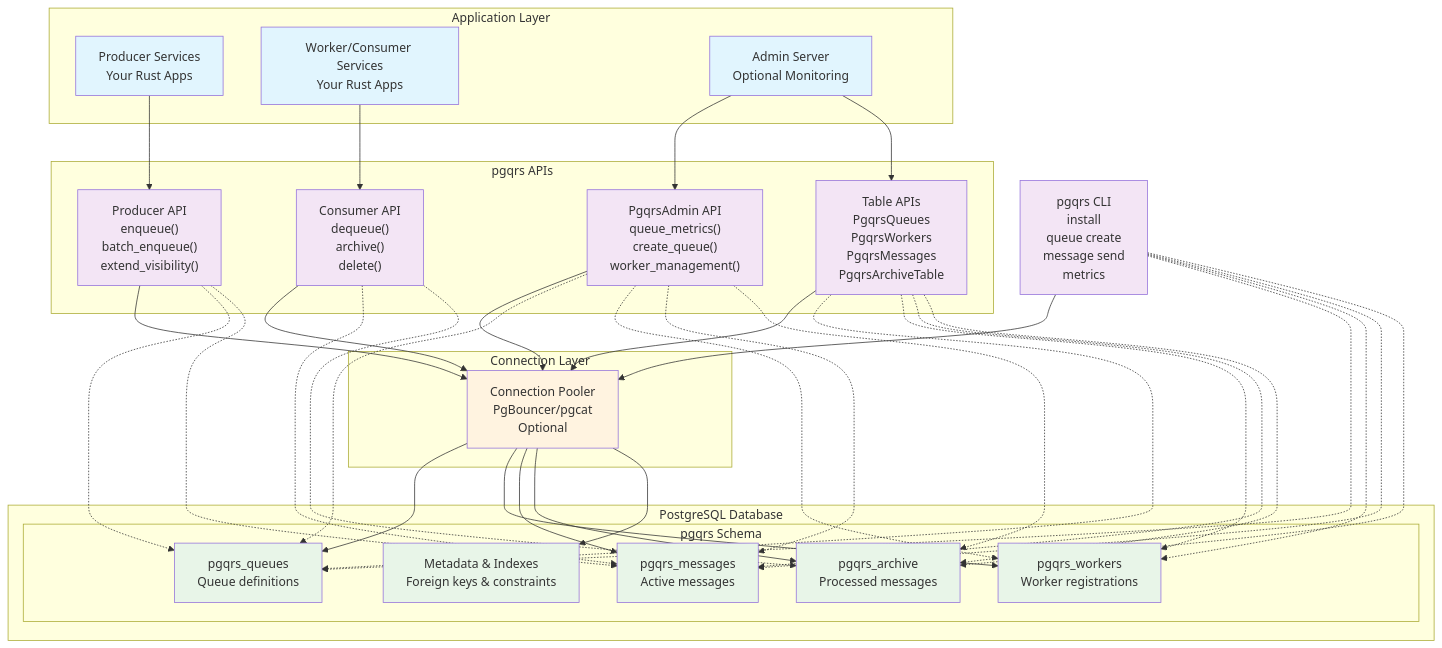
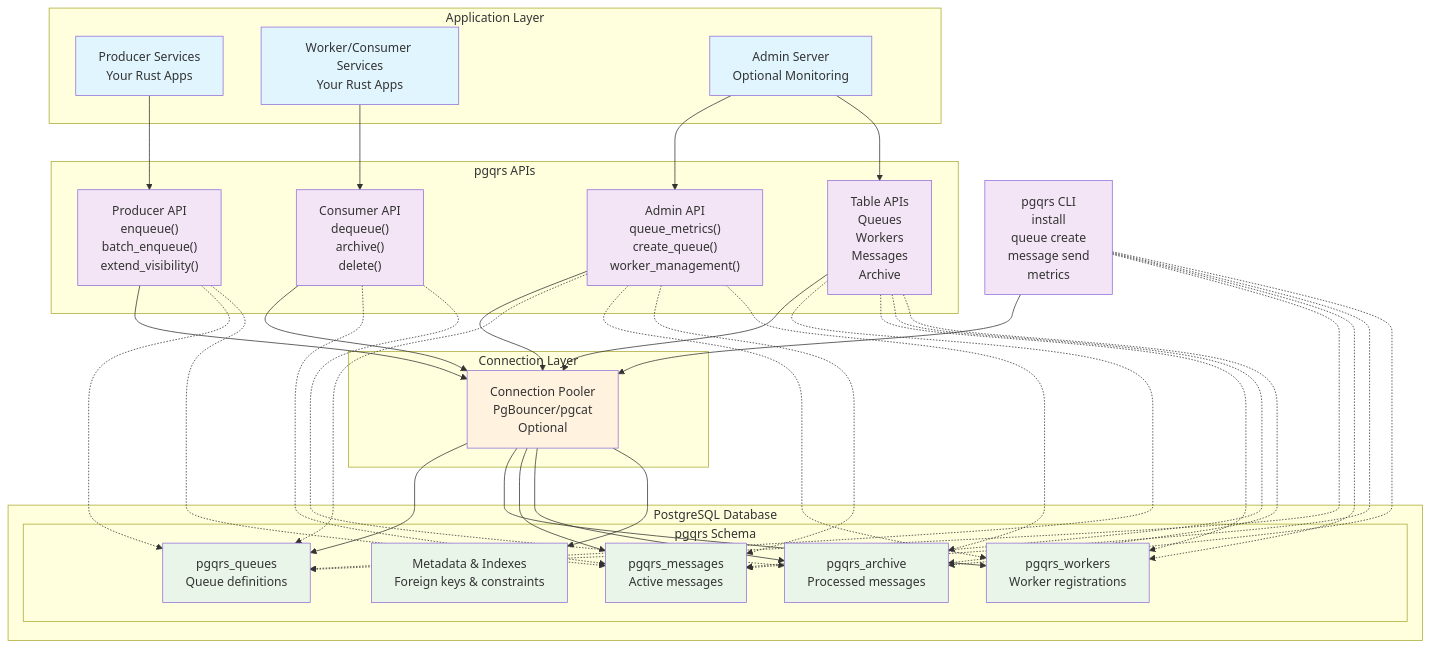
One commit to vrajat/pgqrs changed the diagram in docs/concepts.md. Above: the diagram before and after it, drawn with Mermaid. The commit also changed other lines of this file and 32 other files, not shown here.

````diff
--- a/docs/concepts.md
+++ b/docs/concepts.md
@@ -9,78 +9,78 @@
 ```mermaid
 graph TB
 		subgraph "Application Layer"
 				P["Producer Services<br/>Your Rust Apps"]
 				W["Worker/Consumer Services<br/>Your Rust Apps"]
 				A["Admin Server<br/>Optional Monitoring"]
 		end
 
 		subgraph "pgqrs APIs"
 				PROD["Producer API<br/>enqueue()<br/>batch_enqueue()<br/>extend_visibility()"]
 				CONS["Consumer API<br/>dequeue()<br/>archive()<br/>delete()"]
-				TABLES["Table APIs<br/>PgqrsQueues<br/>PgqrsWorkers<br/>PgqrsMessages<br/>PgqrsArchiveTable"]
-				AA["PgqrsAdmin API<br/>queue_metrics()<br/>create_queue()<br/>worker_management()"]
+				TABLES["Table APIs<br/>Queues<br/>Workers<br/>Messages<br/>Archive"]
+				AA["Admin API<br/>queue_metrics()<br/>create_queue()<br/>worker_management()"]
 		end
 
 		CLI["pgqrs CLI<br/>install<br/>queue create<br/>message send<br/>metrics"]
 
 		subgraph "Connection Layer"
 				CP["Connection Pooler<br/>PgBouncer/pgcat<br/>Optional"]
 		end
 
 		subgraph "PostgreSQL Database"
 				subgraph "pgqrs Schema"
 						QT["pgqrs_queues<br/>Queue definitions"]
 						WT["pgqrs_workers<br/>Worker registrations"]
 						MT["pgqrs_messages<br/>Active messages"]
 						AT["pgqrs_archive<br/>Processed messages"]
 						META["Metadata & Indexes<br/>Foreign keys & constraints"]
 				end
 		end
 
 		%% Connections
 		P --> PROD
 		W --> CONS
 		A --> AA
 		A --> TABLES
 
 		PROD --> CP
 		CONS --> CP
 		TABLES --> CP
 		AA --> CP
 		CLI --> CP
 
 		CP --> QT
 		CP --> WT
 		CP --> MT
 		CP --> AT
 		CP --> META
 
 		%% Alternative direct connection (without pooler)
 		PROD -.-> QT
 		PROD -.-> MT
 		CONS -.-> MT
 		CONS -.-> AT
 		TABLES -.-> QT
 		TABLES -.-> WT
 		TABLES -.-> MT
 		TABLES -.-> AT
 		AA -.-> QT
 		AA -.-> WT
 		AA -.-> MT
 		AA -.-> AT
 		CLI -.-> QT
 		CLI -.-> WT
 		CLI -.-> MT
 		CLI -.-> AT
 
 		%% Styling
 		classDef userApp fill:#e1f5fe
 		classDef pgqrsLib fill:#f3e5f5
 		classDef database fill:#e8f5e8
 		classDef optional fill:#fff3e0
 
 		class P,W,A userApp
 		class PROD,CONS,TABLES,AA,CLI pgqrsLib
 		class QT,WT,MT,AT,META database
 		class CP optional
 ```
````
